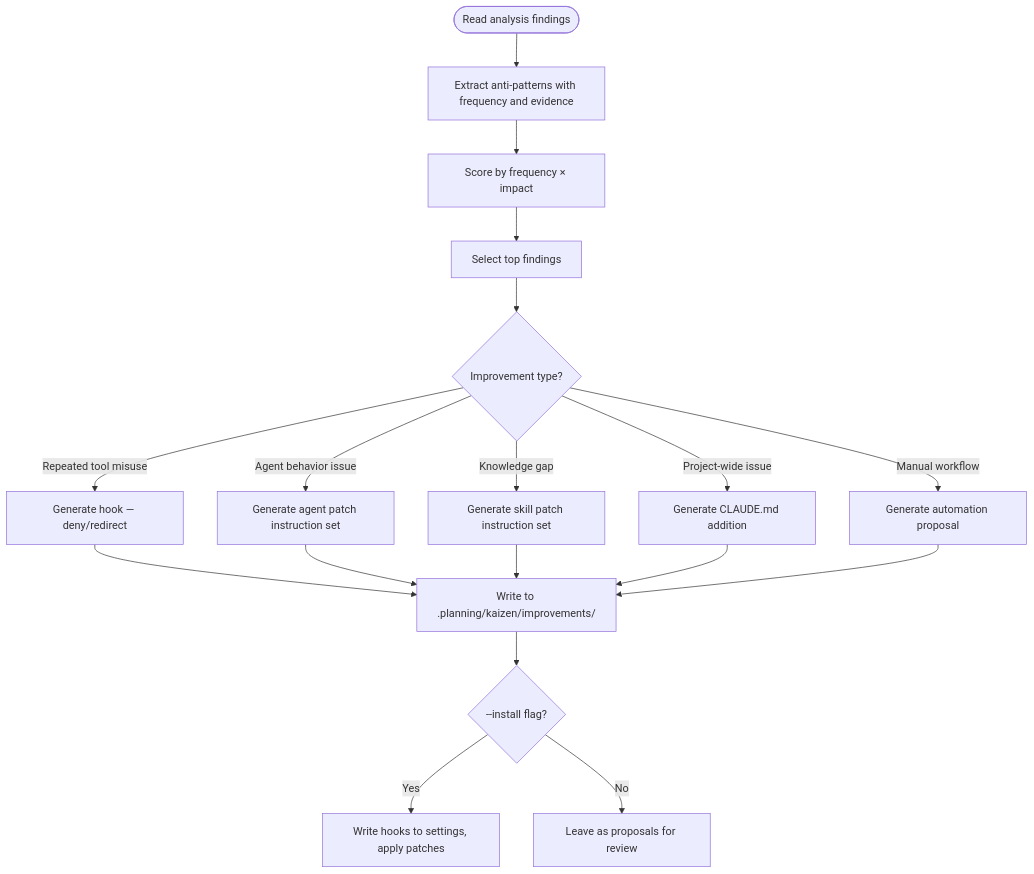
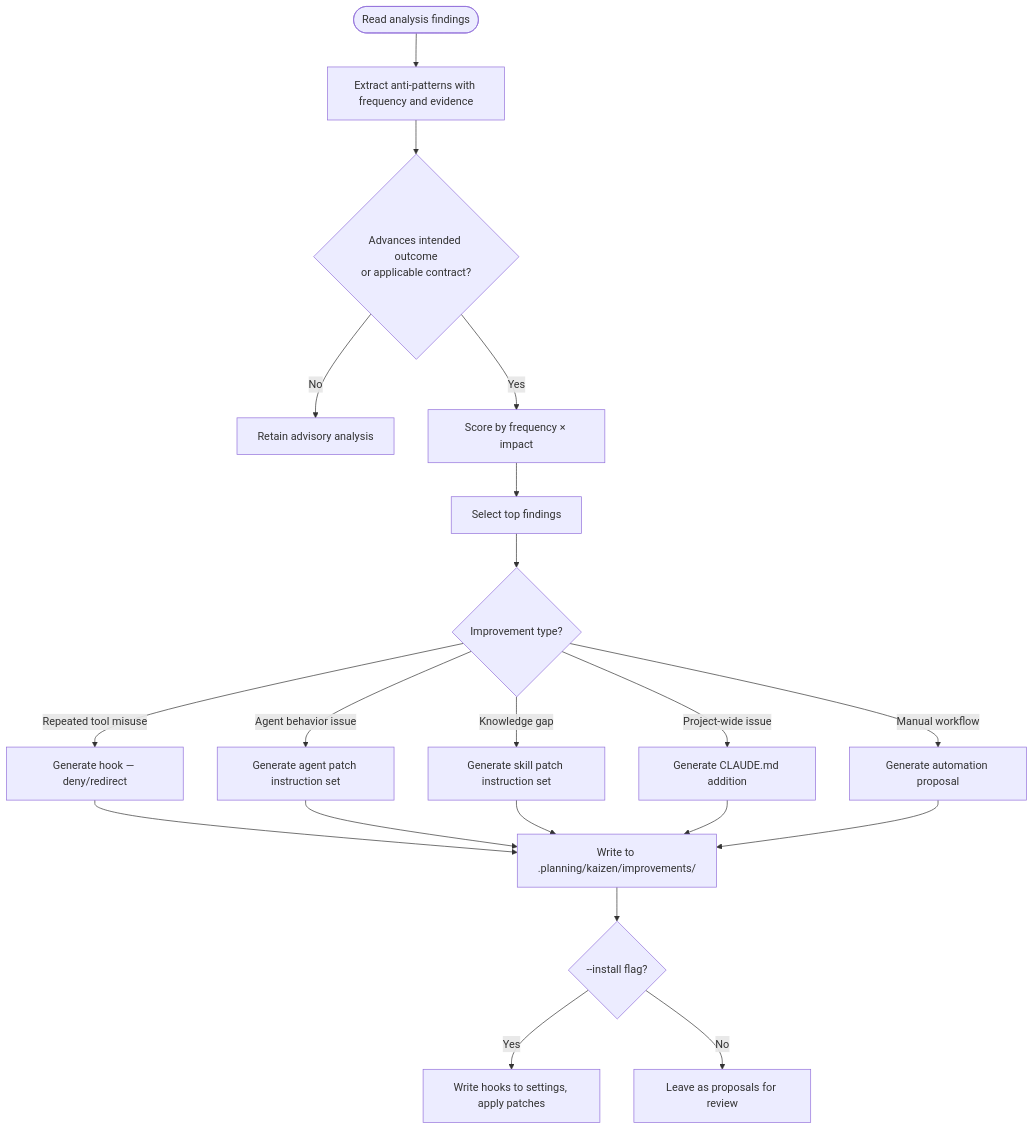
The diagram in plugins/agentskill-kaizen/skills/kaizen-improvement/SKILL.md (Jamie-BitFlight/claude_skills), drawn with Mermaid before and after one commit. The commit also changed other lines of this file and 21 other files, not shown here.

````diff
--- a/plugins/agentskill-kaizen/skills/kaizen-improvement/SKILL.md
+++ b/plugins/agentskill-kaizen/skills/kaizen-improvement/SKILL.md
@@ -28,20 +44,22 @@
 ```mermaid
 flowchart TD
     Start([Read analysis findings]) --> Parse[Extract anti-patterns with frequency and evidence]
-    Parse --> Score[Score by frequency × impact]
+    Parse --> Admit{Advances intended outcome<br/>or applicable contract?}
+    Admit -->|No| Advisory[Retain advisory analysis]
+    Admit -->|Yes| Score[Score by frequency × impact]
     Score --> Top[Select top findings]
     Top --> Type{Improvement type?}
     Type -->|Repeated tool misuse| Hook[Generate hook — deny/redirect]
     Type -->|Agent behavior issue| Agent[Generate agent patch instruction set]
     Type -->|Knowledge gap| Skill[Generate skill patch instruction set]
     Type -->|Project-wide issue| Claude[Generate CLAUDE.md addition]
     Type -->|Manual workflow| Script[Generate automation proposal]
     Hook --> Output[Write to .planning/kaizen/improvements/]
     Agent --> Output
     Skill --> Output
     Claude --> Output
     Script --> Output
     Output --> Install{--install flag?}
     Install -->|Yes| Apply[Write hooks to settings, apply patches]
     Install -->|No| Draft[Leave as proposals for review]
 ```
````
